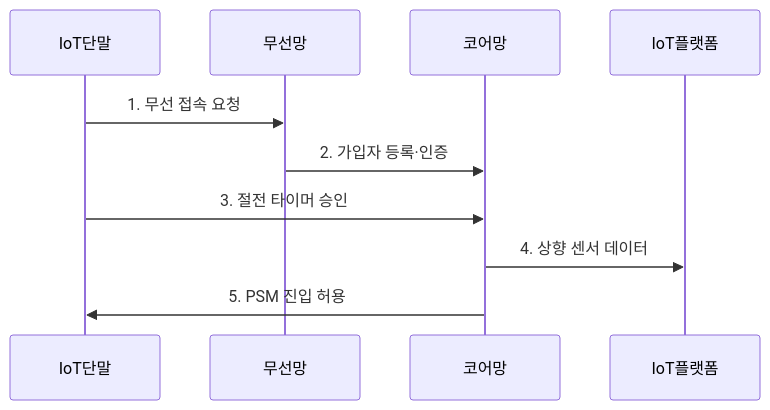
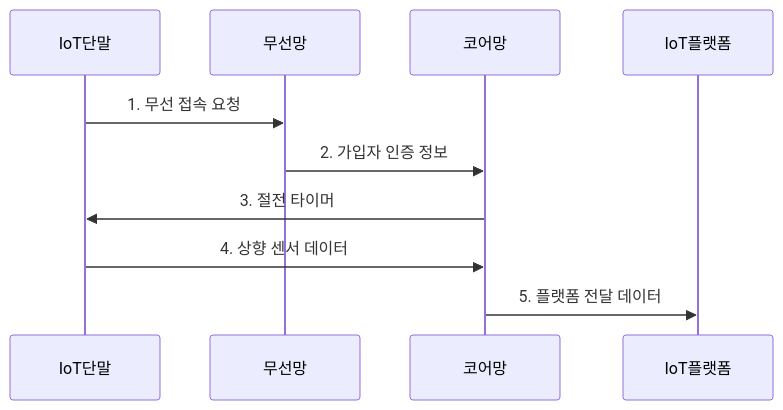
The second of 2 diagrams in src/content/docs/notes/04-network/055_nb_iot_lte_m.md (agnusdei1207/knowledge-base), drawn with Mermaid before and after one commit. The commit also changed other lines of this file and 20 other files, not shown here.

````diff
--- a/src/content/docs/notes/04-network/055_nb_iot_lte_m.md
+++ b/src/content/docs/notes/04-network/055_nb_iot_lte_m.md
@@ -81,12 +83,12 @@
 ```mermaid
 sequenceDiagram
     participant IoT단말
     participant 무선망
     participant 코어망
     participant IoT플랫폼
     IoT단말->>무선망: 1. 무선 접속 요청
-    무선망->>코어망: 2. 가입자 등록·인증
-    IoT단말->>코어망: 3. 절전 타이머 승인
-    코어망->>IoT플랫폼: 4. 상향 센서 데이터
-    코어망->>IoT단말: 5. PSM 진입 허용
+    무선망->>코어망: 2. 가입자 인증 정보
+    코어망->>IoT단말: 3. 절전 타이머
+    IoT단말->>코어망: 4. 상향 센서 데이터
+    코어망->>IoT플랫폼: 5. 플랫폼 전달 데이터
 ```
````
